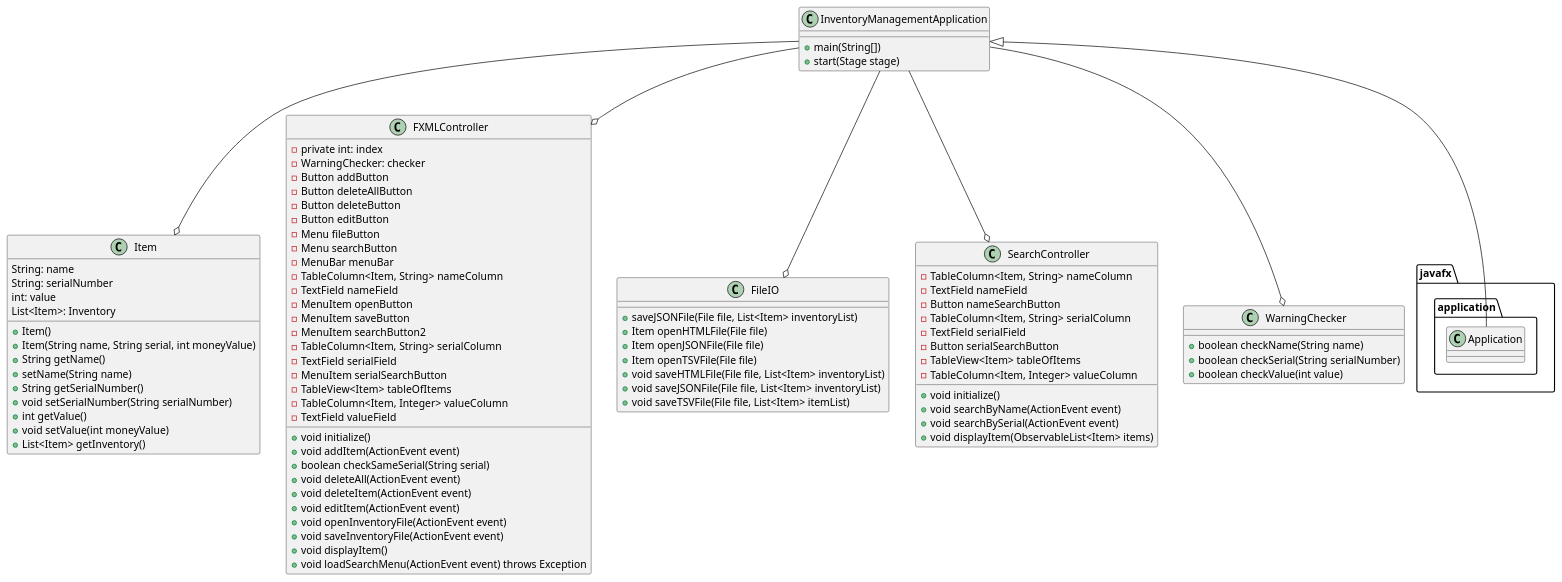
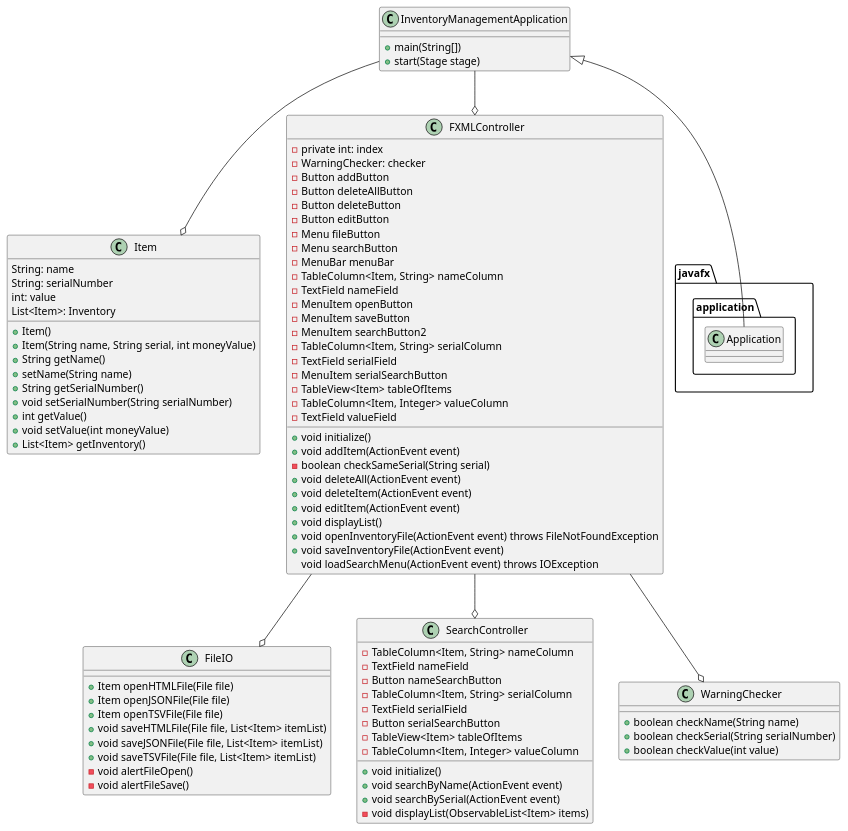
Before and after one commit to KatanaJohn/ashley-app2: the diagram in docs/InventoryApplicationUML.puml, drawn with PlantUML. The commit also changed 8 other files, not shown here.

```diff
--- a/docs/InventoryApplicationUML.puml
+++ b/docs/InventoryApplicationUML.puml
@@ -1,102 +1,104 @@
 @startuml
 'https://plantuml.com/sequence-diagram
 
 class InventoryManagementApplication
 {
     +main(String[])
     +start(Stage stage)
 }
 
 class Item
 {
 String: name
 String: serialNumber
 int: value
 List<Item>: Inventory
 +Item()
 +Item(String name, String serial, int moneyValue)
 +String getName()
 +setName(String name)
 +String getSerialNumber()
 +void setSerialNumber(String serialNumber)
 +int getValue()
 +void setValue(int moneyValue)
 +List<Item> getInventory()
 }
 
 class FXMLController
 {
 - private int: index
 - WarningChecker: checker
 -Button addButton
 -Button deleteAllButton
 -Button deleteButton
 -Button editButton
 -Menu fileButton
 -Menu searchButton
 -MenuBar menuBar
 -TableColumn<Item, String> nameColumn
 -TextField nameField
 -MenuItem openButton
 -MenuItem saveButton
 -MenuItem searchButton2
 -TableColumn<Item, String> serialColumn
 -TextField serialField
 -MenuItem serialSearchButton
 -TableView<Item> tableOfItems
 -TableColumn<Item, Integer> valueColumn
 -TextField valueField
 +void initialize()
 +void addItem(ActionEvent event)
-+boolean checkSameSerial(String serial)
+-boolean checkSameSerial(String serial)
 +void deleteAll(ActionEvent event)
 +void deleteItem(ActionEvent event)
 +void editItem(ActionEvent event)
-+void openInventoryFile(ActionEvent event)
++void displayList()
++void openInventoryFile(ActionEvent event) throws FileNotFoundException
 +void saveInventoryFile(ActionEvent event)
-+void displayItem()
-+void loadSearchMenu(ActionEvent event) throws Exception
+void loadSearchMenu(ActionEvent event) throws IOException
 }
+
 
 class FileIO
 {
-+saveJSONFile(File file, List<Item> inventoryList)
 +Item openHTMLFile(File file)
 +Item openJSONFile(File file)
 +Item openTSVFile(File file)
-+void saveHTMLFile(File file, List<Item> inventoryList)
-+void saveJSONFile(File file, List<Item> inventoryList)
++void saveHTMLFile(File file, List<Item> itemList)
++void saveJSONFile(File file, List<Item> itemList)
 +void saveTSVFile(File file, List<Item> itemList)
+-void alertFileOpen()
+-void alertFileSave()
 }
 
 class SearchController
 {
 -TableColumn<Item, String> nameColumn
 -TextField nameField
 -Button nameSearchButton
 -TableColumn<Item, String> serialColumn
 -TextField serialField
 -Button serialSearchButton
 -TableView<Item> tableOfItems
 -TableColumn<Item, Integer> valueColumn
 +void initialize()
 +void searchByName(ActionEvent event)
 +void searchBySerial(ActionEvent event)
-+void displayItem(ObservableList<Item> items)
+-void displayList(ObservableList<Item> items)
 
 }
 
 class WarningChecker
 {
 +boolean checkName(String name)
 +boolean checkSerial(String serialNumber)
 +boolean checkValue(int value)
 }
 
 InventoryManagementApplication --o Item
 InventoryManagementApplication --o FXMLController
-InventoryManagementApplication --o FileIO
-InventoryManagementApplication --o SearchController
-InventoryManagementApplication --o WarningChecker
+FXMLController --o FileIO
+FXMLController --o WarningChecker
+FXMLController --o SearchController
 InventoryManagementApplication <|-- javafx.application.Application
 @enduml
```
